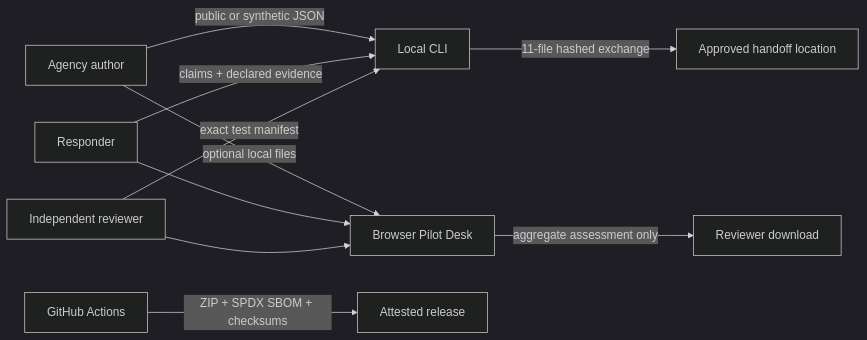
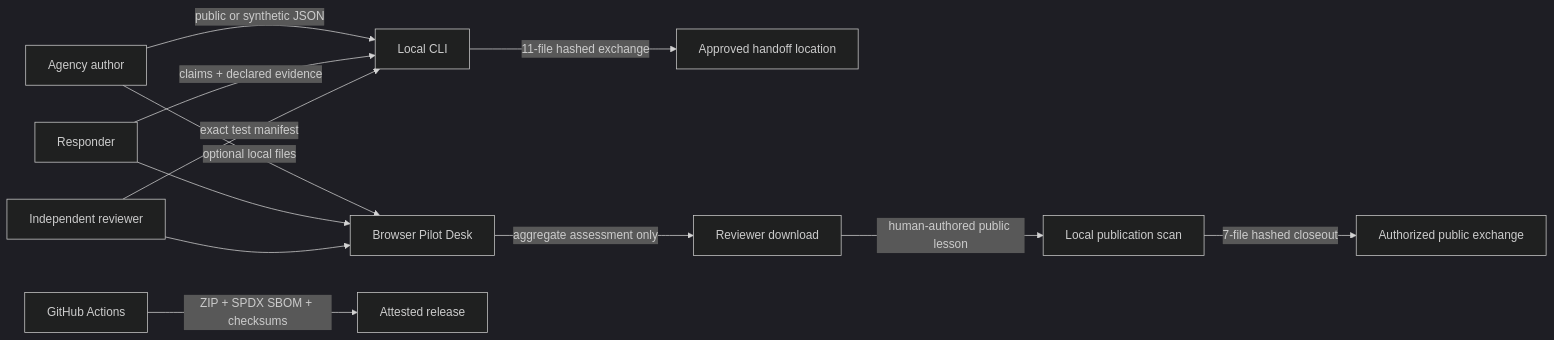
The diagram in federal-pilot-kit/THREAT_MODEL.md (immu4989/awesome-agentic-usecases), drawn with Mermaid (dark theme) before and after one commit. The commit also changed other lines of this file and 32 other files, not shown here.

````diff
--- a/federal-pilot-kit/THREAT_MODEL.md
+++ b/federal-pilot-kit/THREAT_MODEL.md
@@ -12,12 +12,14 @@
 ```mermaid
 flowchart LR
     A[Agency author] -->|public or synthetic JSON| B[Local CLI]
     R[Responder] -->|claims + declared evidence| B
     T[Independent reviewer] -->|exact test manifest| B
     B -->|11-file hashed exchange| H[Approved handoff location]
     A -->|optional local files| W[Browser Pilot Desk]
     R --> W
     T --> W
     W -->|aggregate assessment only| D[Reviewer download]
+    D -->|human-authored public lesson| P[Local publication scan]
+    P -->|7-file hashed closeout| X[Authorized public exchange]
     G[GitHub Actions] -->|ZIP + SPDX SBOM + checksums| L[Attested release]
 ```
````
